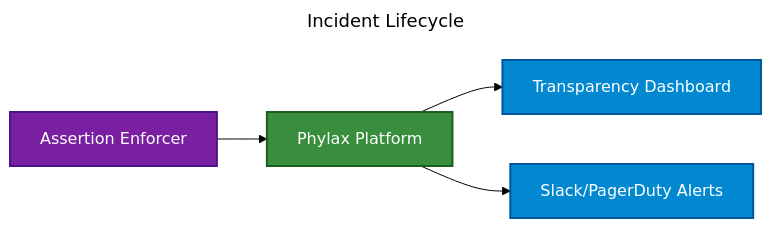
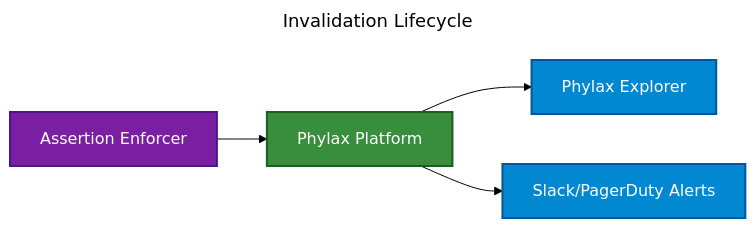
The third of 3 diagrams in credible/architecture-overview.mdx (phylaxsystems/phylax-docs), drawn with Mermaid (forest theme) before and after one commit. The commit also changed other lines of this file and 21 other files, not shown here.

Commit message:
Update platform docs for Explorer release

````diff
--- a/credible/architecture-overview.mdx
+++ b/credible/architecture-overview.mdx
@@ -135,17 +135,17 @@
 ```mermaid
 ---
-title: Incident Lifecycle
+title: Invalidation Lifecycle
 ---
 flowchart LR
     ENFORCER["Assertion Enforcer"] --> PLATFORM["Phylax Platform"]
-    PLATFORM --> DASH["Transparency Dashboard"]
+    PLATFORM --> DASH["Phylax Explorer"]
     PLATFORM --> ALERTS["Slack/PagerDuty Alerts"]
 
     classDef enforcer fill:#7b1fa2,stroke:#4a148c,stroke-width:2px,color:#fff
     classDef platform fill:#388e3c,stroke:#1b5e20,stroke-width:2px,color:#fff
     classDef output fill:#0288d1,stroke:#01579b,stroke-width:2px,color:#fff
 
     class ENFORCER enforcer
     class PLATFORM platform
     class DASH,ALERTS output
 ```
````
